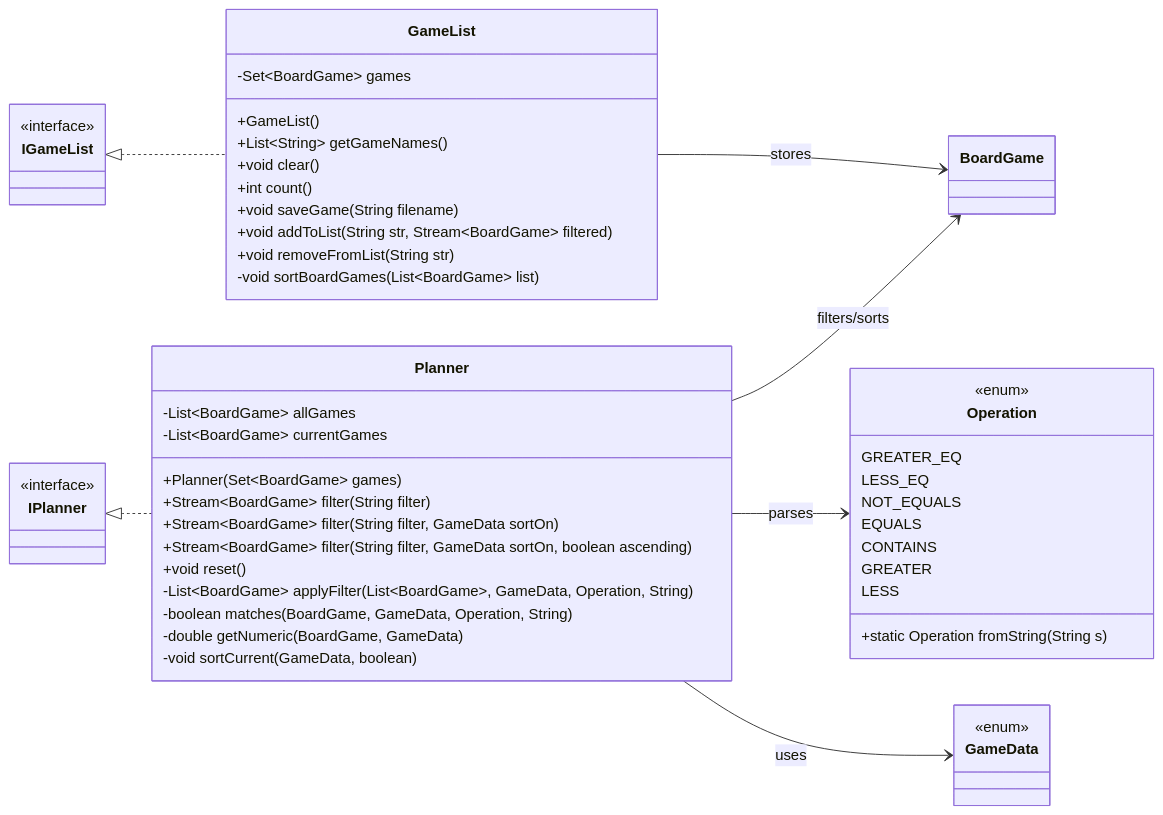
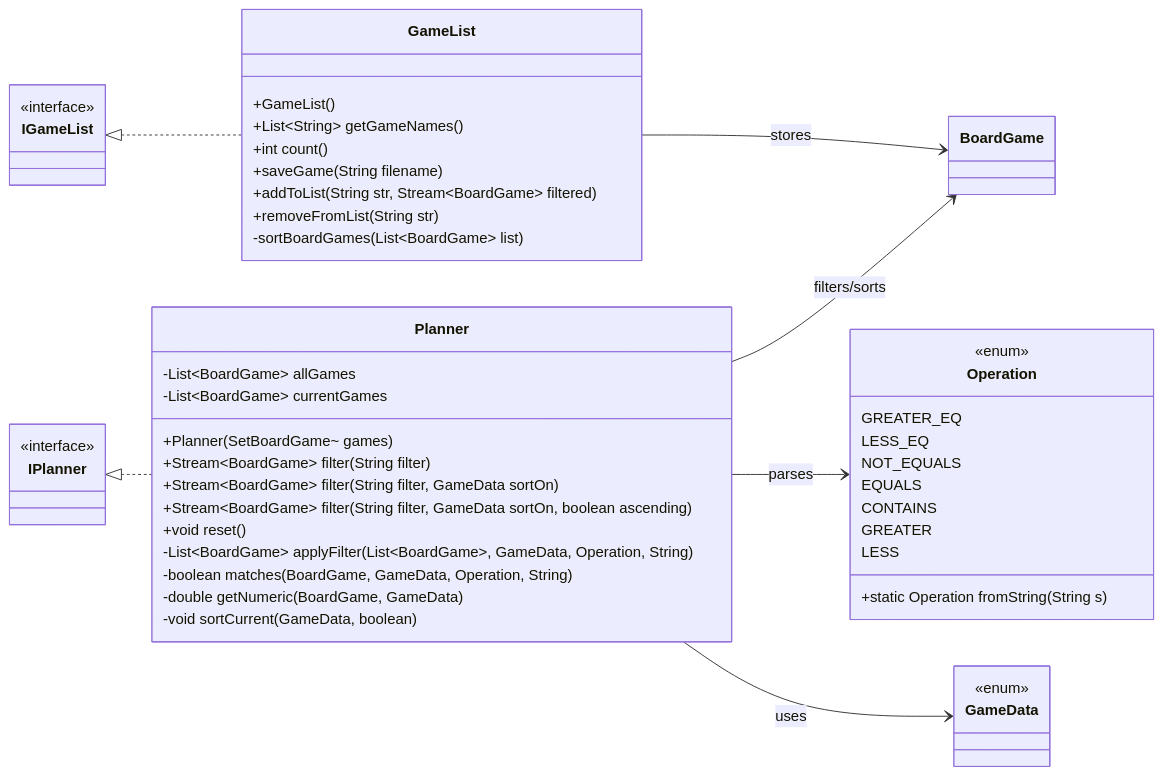
Before and after one commit to liulu0713/5004homework: the second of 3 diagrams in Board Game Arena Planner/DesignDocument.md, drawn with Mermaid. The commit also changed other lines of this file and 1 other file, not shown here.

Commit message:
board game UML

````diff
--- a/Board Game Arena Planner/DesignDocument.md
+++ b/Board Game Arena Planner/DesignDocument.md
@@ -75,55 +70,54 @@
 ```mermaid 
 classDiagram
 direction LR
 
 class GameList {
-   -Set~BoardGame~ games
+   
    +GameList()
    +List~String~ getGameNames()
-   +void clear()
    +int count()
-   +void saveGame(String filename)
-   +void addToList(String str, Stream~BoardGame~ filtered)
-   +void removeFromList(String str)
-   -void sortBoardGames(List~BoardGame~ list)
+   +saveGame(String filename)
+   +addToList(String str, Stream~BoardGame~ filtered)
+   +removeFromList(String str)
+   -sortBoardGames(List~BoardGame~ list)
 }
 
 class Planner {
    -List~BoardGame~ allGames
    -List~BoardGame~ currentGames
-   +Planner(Set~BoardGame~ games)
+   +Planner(SetBoardGame~ games)
    +Stream~BoardGame~ filter(String filter)
    +Stream~BoardGame~ filter(String filter, GameData sortOn)
    +Stream~BoardGame~ filter(String filter, GameData sortOn, boolean ascending)
    +void reset()
    -List~BoardGame~ applyFilter(List~BoardGame~, GameData, Operation, String)
    -boolean matches(BoardGame, GameData, Operation, String)
    -double getNumeric(BoardGame, GameData)
    -void sortCurrent(GameData, boolean)
 }
 
 class Operation {
    <<enum>>
    GREATER_EQ
    LESS_EQ
    NOT_EQUALS
    EQUALS
    CONTAINS
    GREATER
    LESS
    +static Operation fromString(String s)
 }
 
 class IGameList {<<interface>>}
 class IPlanner {<<interface>>}
 class BoardGame
 class GameData {<<enum>>}
 
 IGameList <|.. GameList
 IPlanner  <|.. Planner
 Planner --> Operation : parses
 Planner --> GameData : uses
 GameList --> BoardGame : stores
 Planner --> BoardGame : filters/sorts
 
 ```
````
